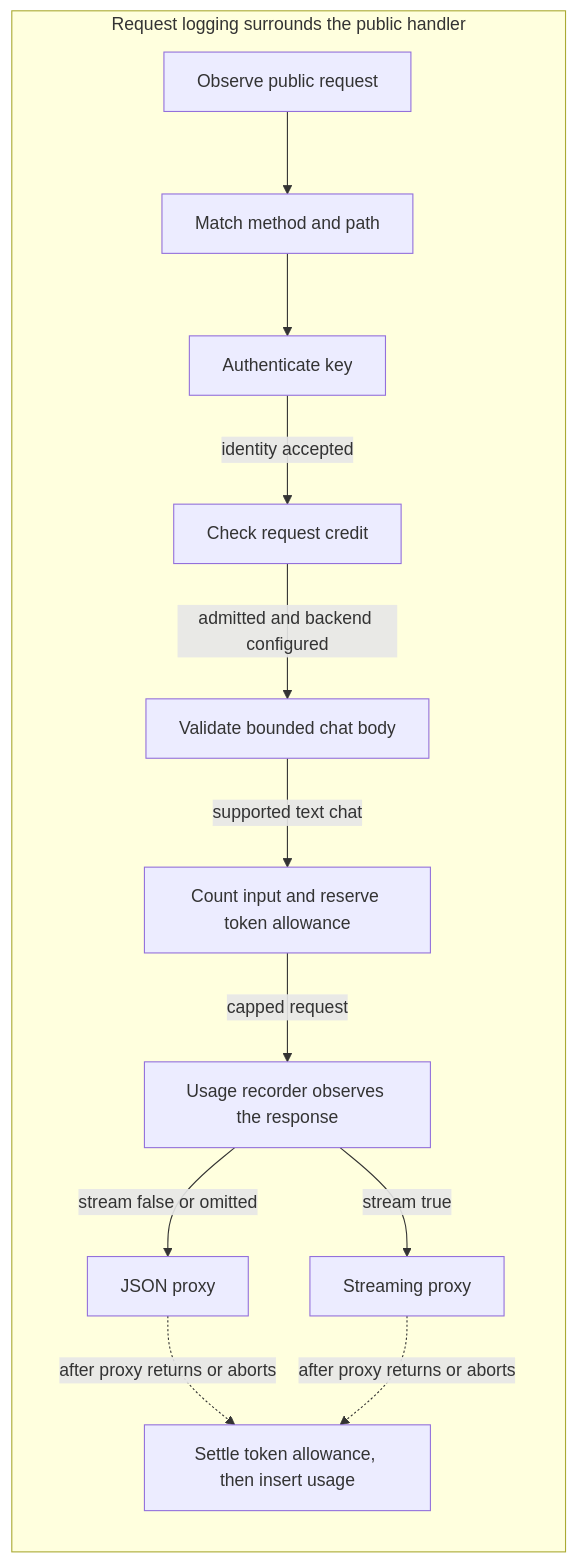
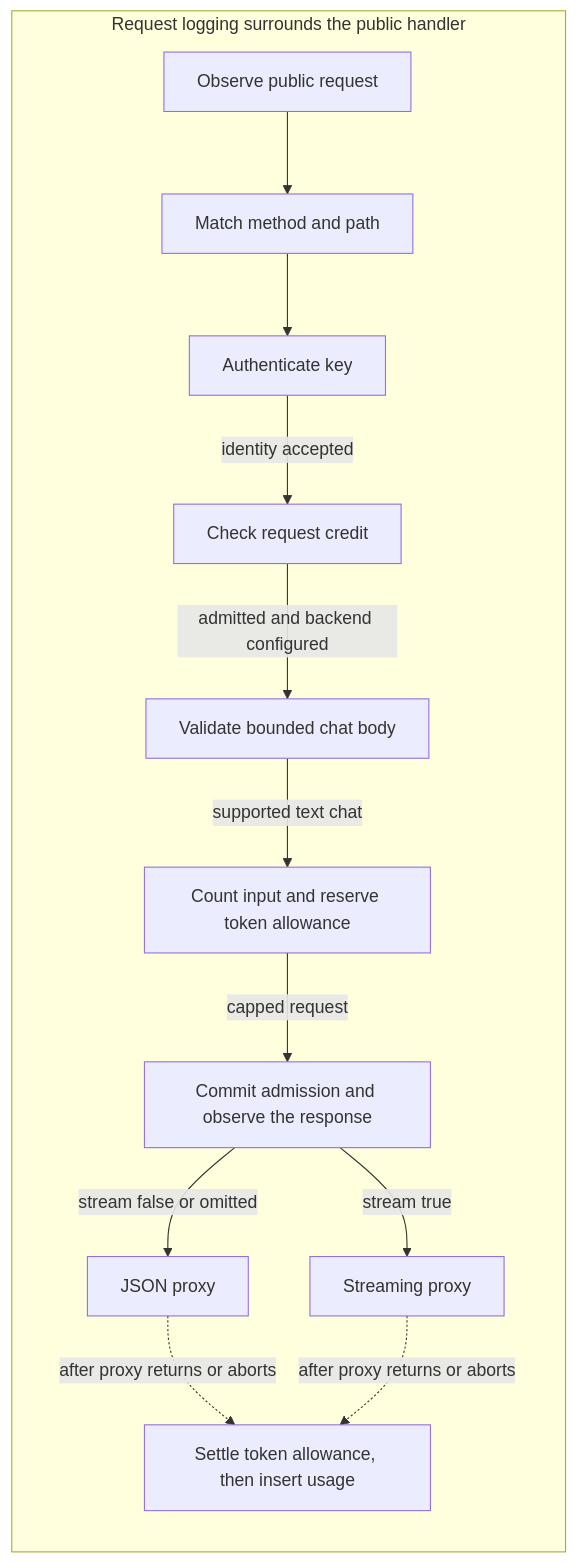
Before and after one commit to TheRealShek/llmgate: the diagram in docs/architecture.md, drawn with Mermaid. The commit also changed other lines of this file and 23 other files, not shown here.

````diff
--- a/docs/architecture.md
+++ b/docs/architecture.md
@@ -16,16 +16,16 @@
 ```mermaid
 flowchart TD
     subgraph Logged[Request logging surrounds the public handler]
         direction TD
         Metrics[Observe public request] --> Routes[Match method and path]
         Routes --> Auth[Authenticate key]
         Auth -->|identity accepted| Rate[Check request credit]
         Rate -->|admitted and backend configured| Chat[Validate bounded chat body]
         Chat -->|supported text chat| Quota[Count input and reserve token allowance]
-        Quota -->|capped request| Usage[Usage recorder observes the response]
+        Quota -->|capped request| Usage[Commit admission and observe the response]
         Usage -->|stream false or omitted| JSON[JSON proxy]
         Usage -->|stream true| SSE[Streaming proxy]
         JSON -.->|after proxy returns or aborts| Finalize[Settle token allowance, then insert usage]
         SSE -.->|after proxy returns or aborts| Finalize
     end
 ```
````
